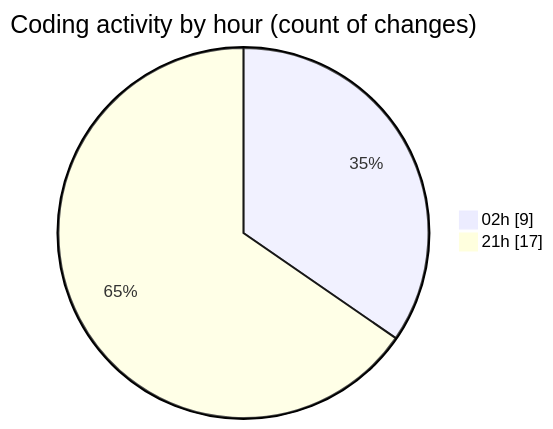
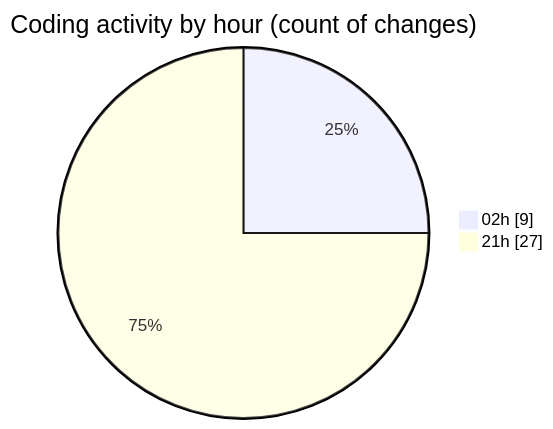
The second of 2 diagrams in 2026-02-22/student_performance_system/README.md (hasnaa123/code-tracking), drawn with Mermaid before and after one commit. The commit also changed other lines of this file and 1 other file, not shown here.

````diff
--- a/2026-02-22/student_performance_system/README.md
+++ b/2026-02-22/student_performance_system/README.md
@@ -28,6 +28,6 @@
 ```mermaid
 pie showData
 title Coding activity by hour (count of changes)
 "02h" : 9
-"21h" : 17
+"21h" : 27
 ```
````
